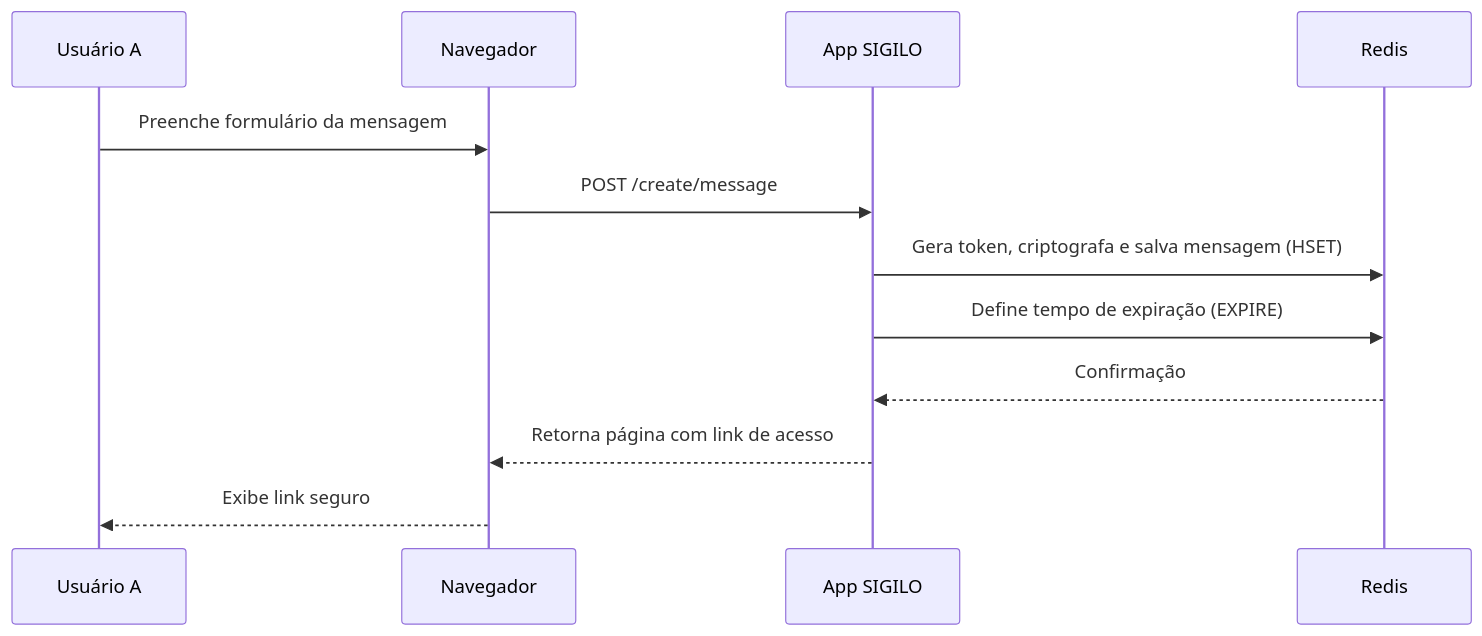
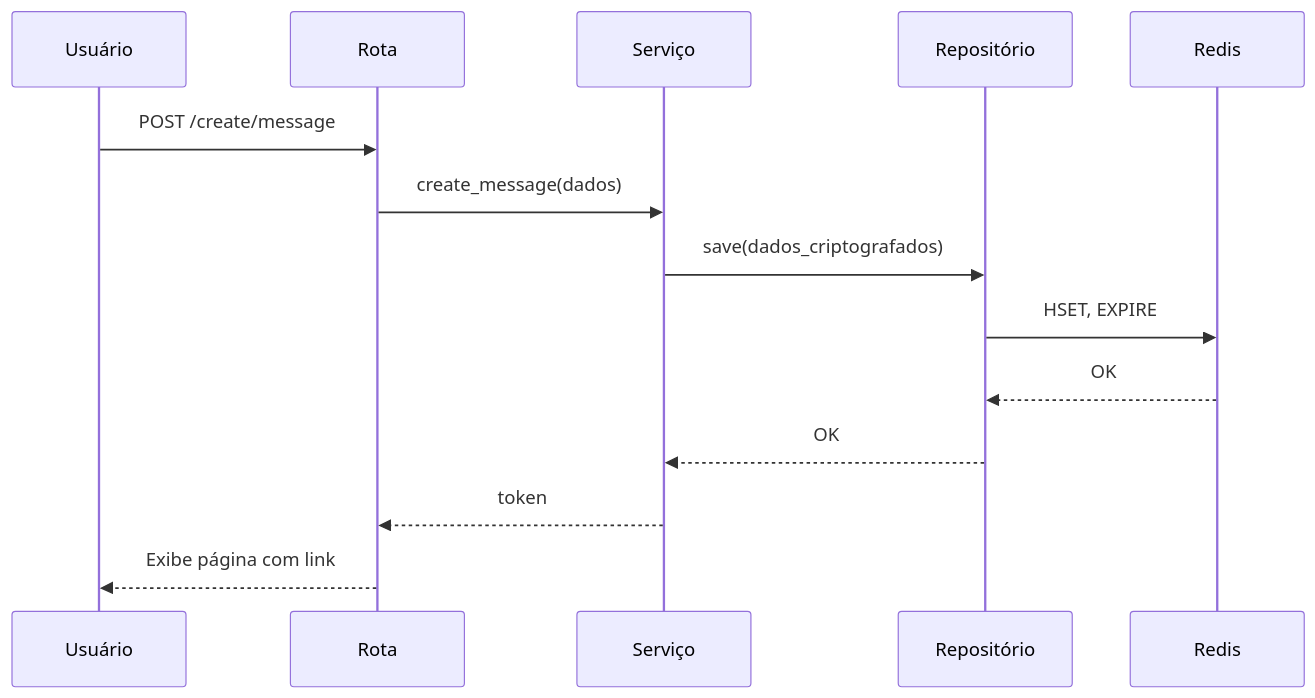
One commit to ragmarotta/sigilo changed the first of 2 diagrams in docs/fluxo.md. Above: the diagram before and after it, drawn with Mermaid. The commit also changed other lines of this file and 15 other files, not shown here.

Commit message:
Refatoração para modelo MVC com flexibilidade para banco de dados

````diff
--- a/docs/fluxo.md
+++ b/docs/fluxo.md
@@ -7,15 +7,17 @@
 ```mermaid
 sequenceDiagram
-    participant UserA as Usuário A
-    participant Browser as Navegador
-    participant SIGILO as App SIGILO
+    participant User as Usuário
+    participant Route as Rota
+    participant Service as Serviço
+    participant Repository as Repositório
     participant Redis
 
-    UserA->>Browser: Preenche formulário da mensagem
-    Browser->>SIGILO: POST /create/message
-    SIGILO->>Redis: Gera token, criptografa e salva mensagem (HSET)
-    SIGILO->>Redis: Define tempo de expiração (EXPIRE)
-    Redis-->>SIGILO: Confirmação
-    SIGILO-->>Browser: Retorna página com link de acesso
-    Browser-->>UserA: Exibe link seguro
+    User->>Route: POST /create/message
+    Route->>Service: create_message(dados)
+    Service->>Repository: save(dados_criptografados)
+    Repository->>Redis: HSET, EXPIRE
+    Redis-->>Repository: OK
+    Repository-->>Service: OK
+    Service-->>Route: token
+    Route-->>User: Exibe página com link
 ```
````
